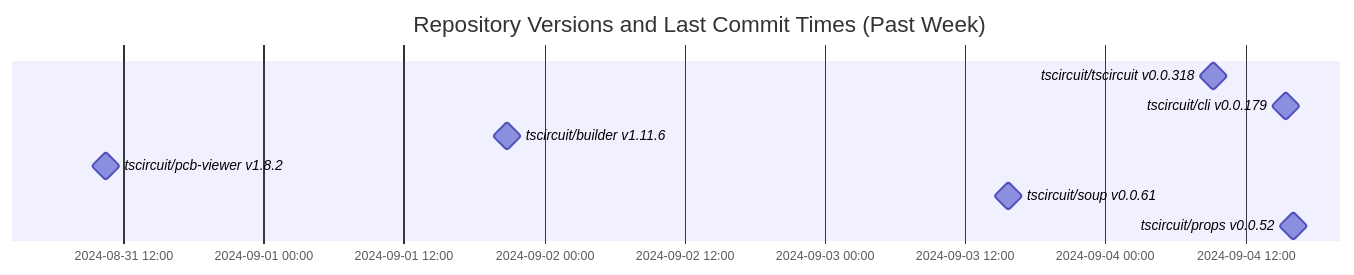
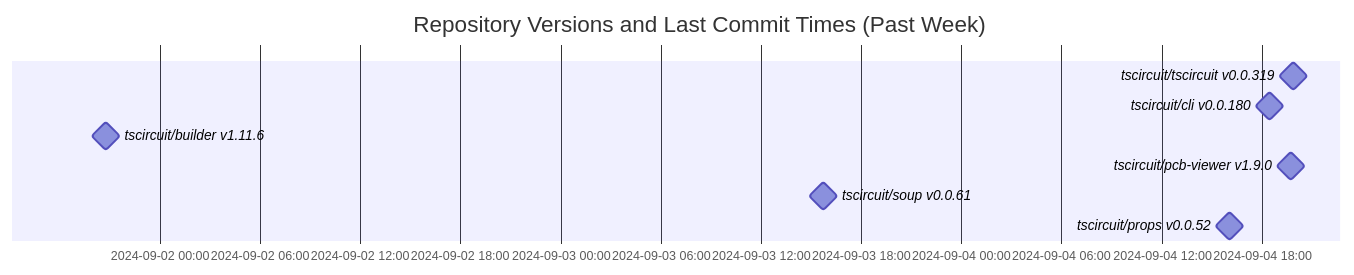
Before and after one commit to tscircuit/version-tracker: the diagram in README.md, drawn with Mermaid.

Commit message:
Update chart

````diff
--- a/README.md
+++ b/README.md
@@ -1,13 +1,13 @@
 ```mermaid
 gantt
   dateFormat  YYYY-MM-DD HH:mm:ss
   title Repository Versions and Last Commit Times (Past Week)
   axisFormat %Y-%m-%d %H:%M
 
-  tscircuit/tscircuit v0.0.318 : milestone, 2024-09-04 09:16:13, 1s
-  tscircuit/cli v0.0.179 : milestone, 2024-09-04 15:24:17, 1s
+  tscircuit/tscircuit v0.0.319 : milestone, 2024-09-04 19:52:54, 1s
+  tscircuit/cli v0.0.180 : milestone, 2024-09-04 18:26:00, 1s
   tscircuit/builder v1.11.6 : milestone, 2024-09-01 20:47:46, 1s
-  tscircuit/pcb-viewer v1.8.2 : milestone, 2024-08-31 10:30:56, 1s
+  tscircuit/pcb-viewer v1.9.0 : milestone, 2024-09-04 19:45:38, 1s
   tscircuit/soup v0.0.61 : milestone, 2024-09-03 15:44:43, 1s
   tscircuit/props v0.0.52 : milestone, 2024-09-04 16:05:55, 1s
 ```
````
